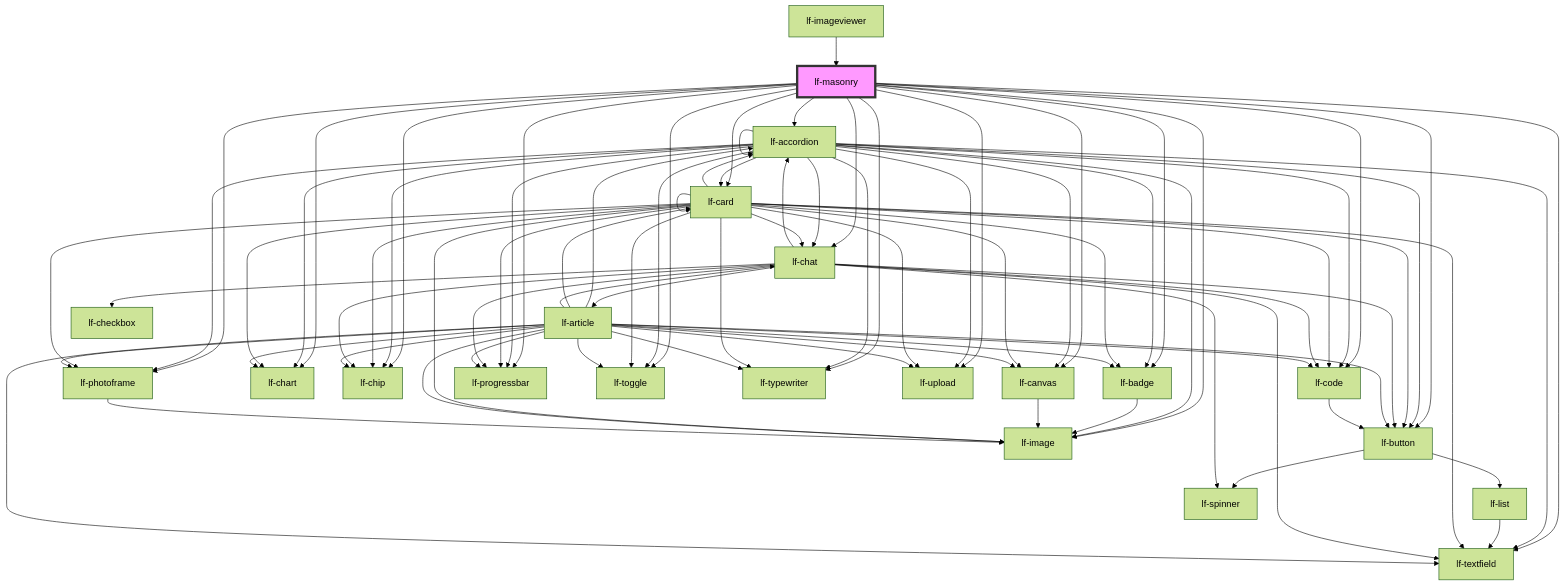
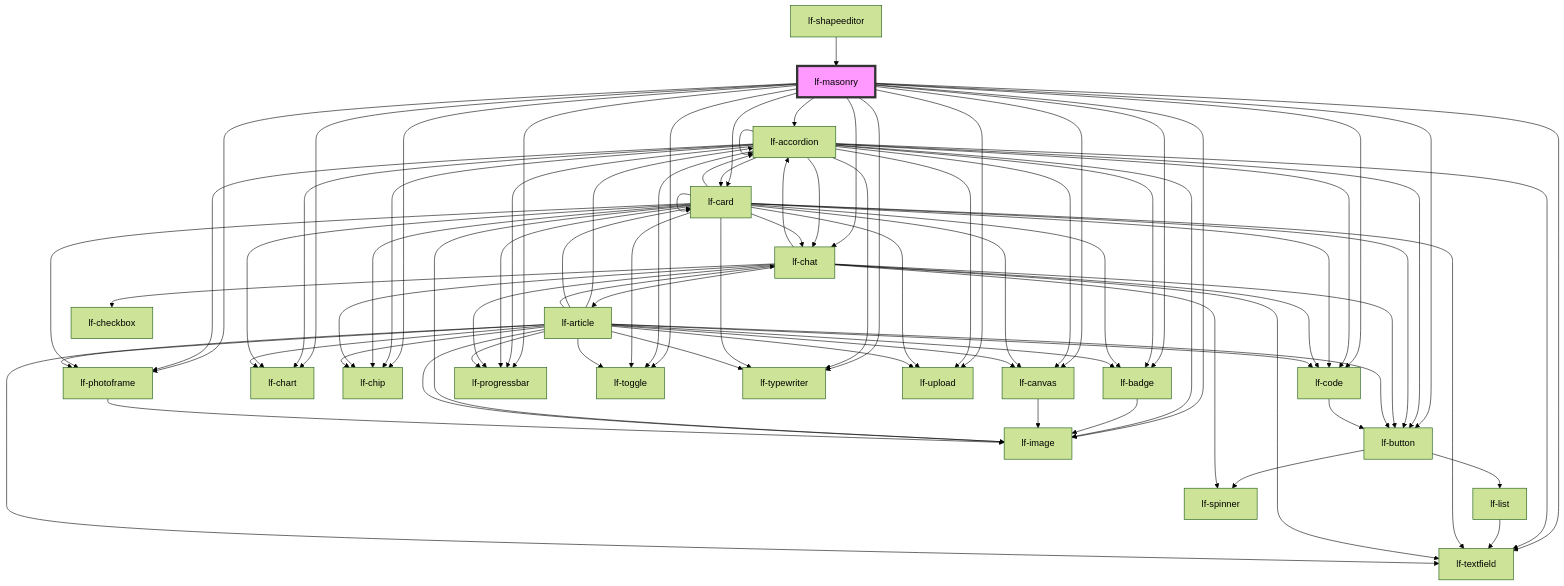
Before and after one commit to lucafoscili/lf-widgets: the diagram in packages/core/src/components/lf-masonry/readme.md, drawn with Mermaid (forest theme). The commit also changed other lines of this file and 27 other files, not shown here.

````diff
--- a/packages/core/src/components/lf-masonry/readme.md
+++ b/packages/core/src/components/lf-masonry/readme.md
@@ -249,6 +254,6 @@
   lf-article --> lf-upload
   lf-code --> lf-button
   lf-photoframe --> lf-image
-  lf-imageviewer --> lf-masonry
+  lf-shapeeditor --> lf-masonry
   style lf-masonry fill:#f9f,stroke:#333,stroke-width:4px
 ```
````
